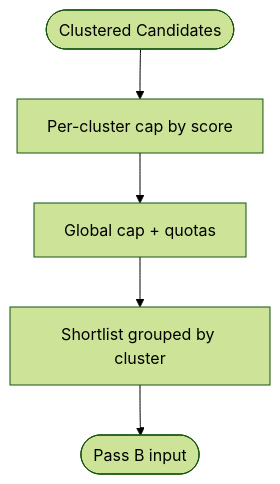
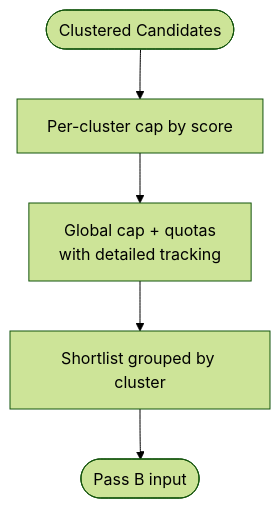
The fourth of 9 diagrams in .qoder/repowiki/en/content/Core Features/Itinerary Planning/AI-Powered Route Optimization.md (Meaetin/alibaba-hackathon), drawn with Mermaid (forest theme) before and after one commit. The commit also changed other lines of this file and 211 other files, not shown here.

````diff
--- a/.qoder/repowiki/en/content/Core Features/Itinerary Planning/AI-Powered Route Optimization.md
+++ b/.qoder/repowiki/en/content/Core Features/Itinerary Planning/AI-Powered Route Optimization.md
@@ -163,7 +195,7 @@
 ```mermaid
 flowchart TD
 In(["Clustered Candidates"]) --> PerCluster["Per-cluster cap by score"]
-PerCluster --> GlobalCap["Global cap + quotas"]
+PerCluster --> GlobalCap["Global cap + quotas<br/>with detailed tracking"]
 GlobalCap --> Shortlist["Shortlist grouped by cluster"]
 Shortlist --> Out(["Pass B input"])
 ```
````
